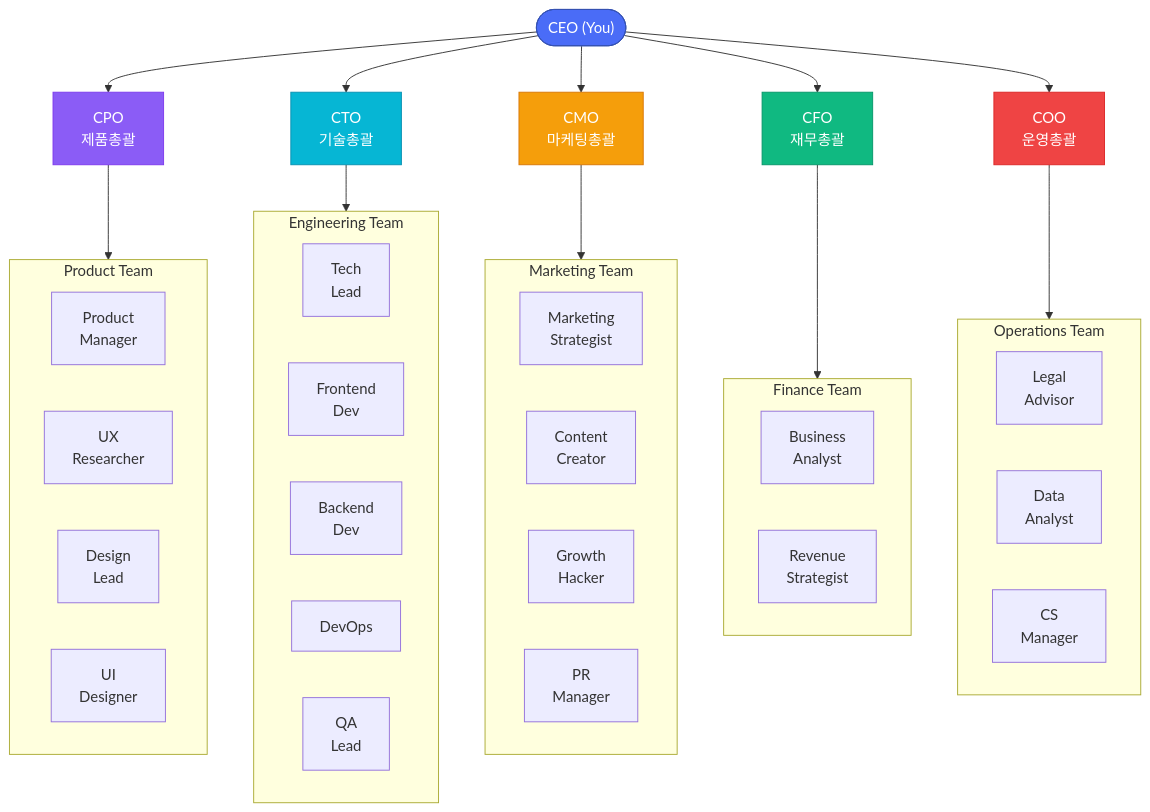
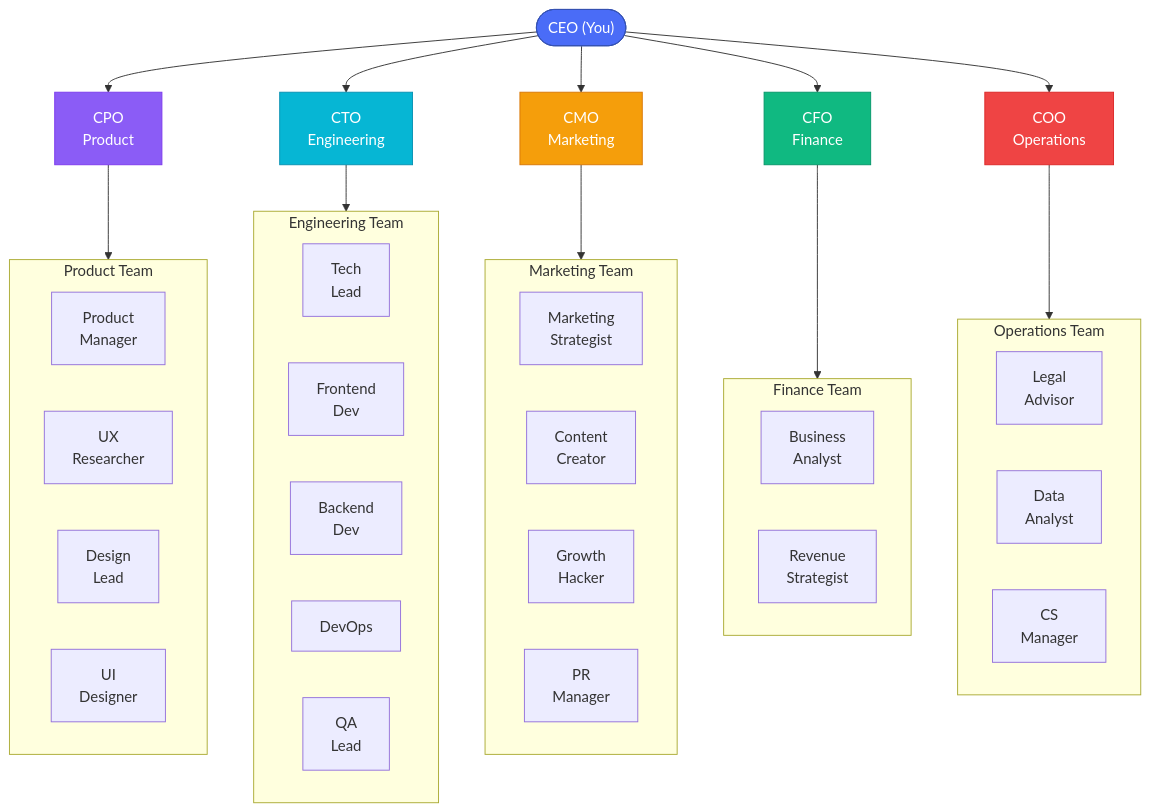
One commit to JayKim88/claude-ai-engineering changed the second of 6 diagrams in plugins/business-avengers/README.md. Above: the diagram before and after it, drawn with Mermaid. The commit also changed other lines of this file and 22 other files, not shown here.

````diff
--- a/plugins/business-avengers/README.md
+++ b/plugins/business-avengers/README.md
@@ -66,61 +66,61 @@
 ```mermaid
 graph TD
     CEO(["CEO (You)"])
 
-    CEO --> CPO["CPO<br/>제품총괄"]
-    CEO --> CTO["CTO<br/>기술총괄"]
-    CEO --> CMO["CMO<br/>마케팅총괄"]
-    CEO --> CFO["CFO<br/>재무총괄"]
-    CEO --> COO["COO<br/>운영총괄"]
+    CEO --> CPO["CPO<br/>Product"]
+    CEO --> CTO["CTO<br/>Engineering"]
+    CEO --> CMO["CMO<br/>Marketing"]
+    CEO --> CFO["CFO<br/>Finance"]
+    CEO --> COO["COO<br/>Operations"]
 
     subgraph Product["Product Team"]
         direction LR
         PM["Product<br/>Manager"]
         UXR["UX<br/>Researcher"]
         DL["Design<br/>Lead"]
         UI["UI<br/>Designer"]
     end
 
     subgraph Engineering["Engineering Team"]
         direction LR
         TL["Tech<br/>Lead"]
         FE["Frontend<br/>Dev"]
         BE["Backend<br/>Dev"]
         DvO["DevOps"]
         QA["QA<br/>Lead"]
     end
 
     subgraph Marketing["Marketing Team"]
         direction LR
         MS["Marketing<br/>Strategist"]
         CC["Content<br/>Creator"]
         GH["Growth<br/>Hacker"]
         PR["PR<br/>Manager"]
     end
 
     subgraph Finance["Finance Team"]
         direction LR
         BA["Business<br/>Analyst"]
         RS["Revenue<br/>Strategist"]
     end
 
     subgraph Operations["Operations Team"]
         direction LR
         LG["Legal<br/>Advisor"]
         DA["Data<br/>Analyst"]
         CS["CS<br/>Manager"]
     end
 
     CPO --> Product
     CTO --> Engineering
     CMO --> Marketing
     CFO --> Finance
     COO --> Operations
 
     style CEO fill:#4a6cf7,color:#fff,stroke:#3451b2
     style CPO fill:#8b5cf6,color:#fff,stroke:#7c3aed
     style CTO fill:#06b6d4,color:#fff,stroke:#0891b2
     style CMO fill:#f59e0b,color:#fff,stroke:#d97706
     style CFO fill:#10b981,color:#fff,stroke:#059669
     style COO fill:#ef4444,color:#fff,stroke:#dc2626
 ```
````
